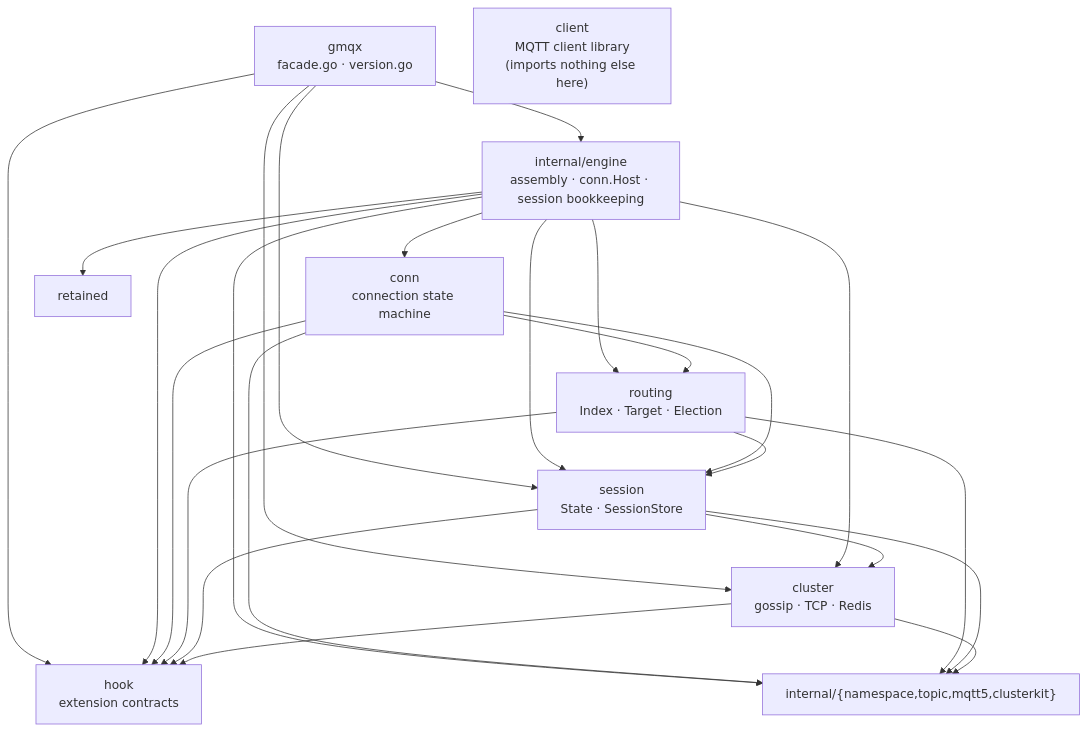
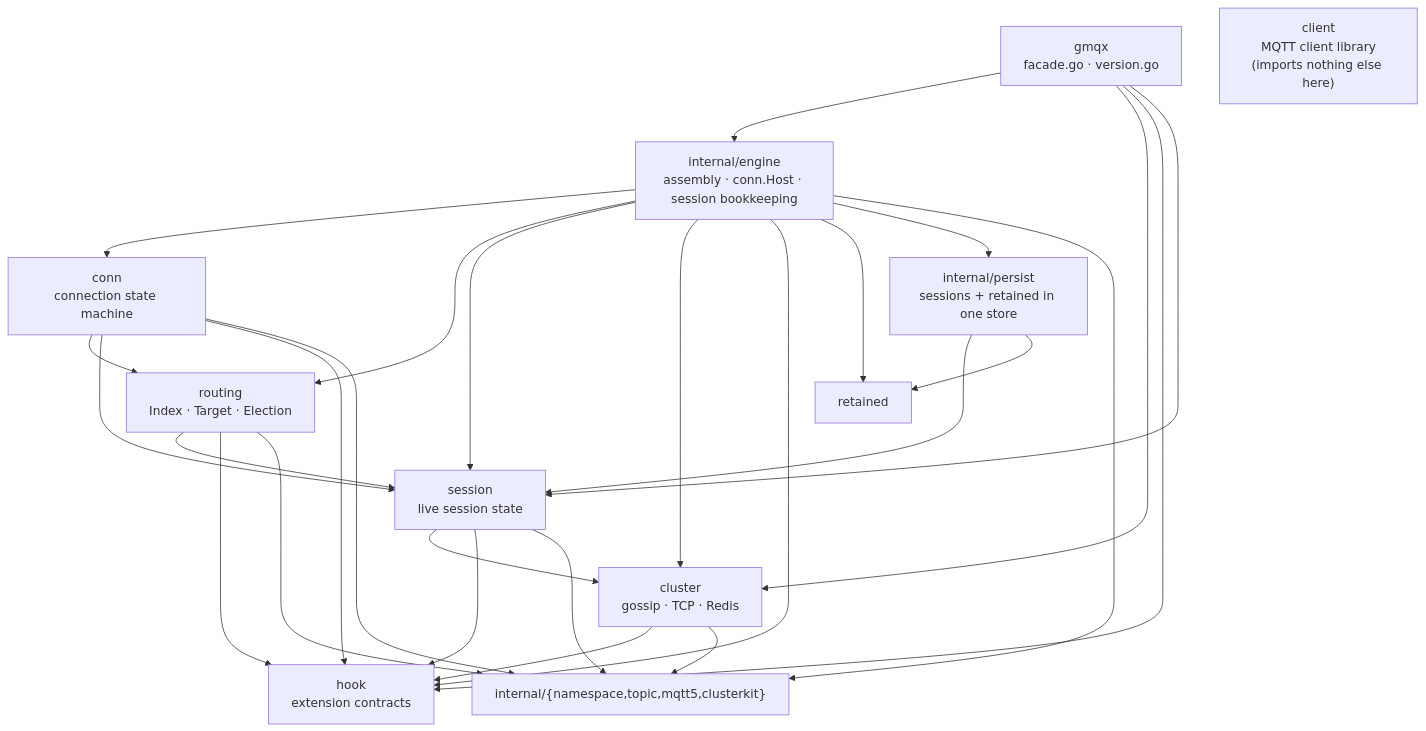
The first of 3 diagrams in docs/ARCHITECTURE.md (maxid/gmqx), drawn with Mermaid before and after one commit. The commit also changed other lines of this file and 55 other files, not shown here.

````diff
--- a/docs/ARCHITECTURE.md
+++ b/docs/ARCHITECTURE.md
@@ -37,39 +38,43 @@
 ```mermaid
 flowchart TD
   root["gmqx<br/>facade.go · version.go"]
   engine["internal/engine<br/>assembly · conn.Host · session bookkeeping"]
   conn["conn<br/>connection state machine"]
   routing["routing<br/>Index · Target · Election"]
-  session["session<br/>State · SessionStore"]
+  session["session<br/>live session state"]
   cluster["cluster<br/>gossip · TCP · Redis"]
   hook["hook<br/>extension contracts"]
   retained["retained"]
   client["client<br/>MQTT client library<br/>(imports nothing else here)"]
   internal["internal/{namespace,topic,mqtt5,clusterkit}"]
+  persist["internal/persist<br/>sessions + retained in one store"]
 
   root --> engine
   root --> cluster
   root --> hook
   root --> session
 
   engine --> conn
   engine --> routing
   engine --> session
   engine --> cluster
   engine --> hook
   engine --> retained
+  engine --> persist
   engine --> internal
+  persist --> session
+  persist --> retained
 
   conn --> routing
   conn --> session
   conn --> hook
   conn --> internal
   routing --> session
   routing --> hook
   routing --> internal
   session --> cluster
   session --> hook
   session --> internal
   cluster --> hook
   cluster --> internal
 ```
````
